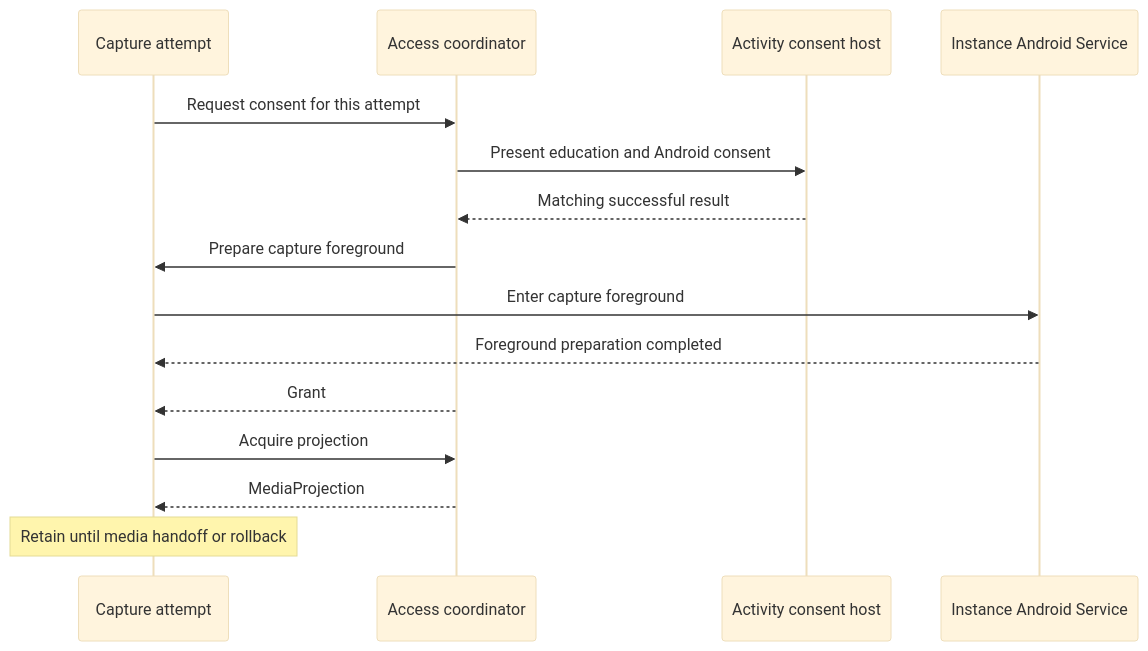
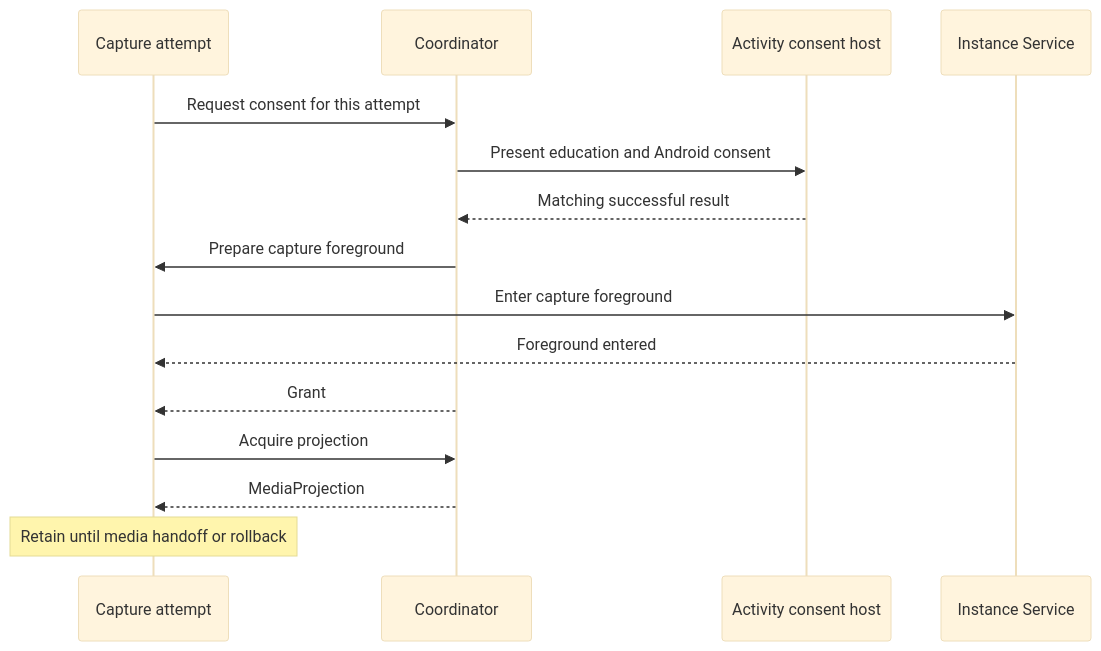
Before and after one commit to dkrivoruchko/ScreenStream: the diagram in streaming/core/docs/screen-capture.md, drawn with Mermaid (base theme). The commit also changed other lines of this file and 80 other files, not shown here.

````diff
--- a/streaming/core/docs/screen-capture.md
+++ b/streaming/core/docs/screen-capture.md
@@ -27,17 +17,17 @@
 ```mermaid
 sequenceDiagram
     participant A as Capture attempt
-    participant C as Access coordinator
+    participant C as Coordinator
     participant H as Activity consent host
-    participant S as Instance Android Service
+    participant S as Instance Service
     A->>C: Request consent for this attempt
     C->>H: Present education and Android consent
     H-->>C: Matching successful result
     C->>A: Prepare capture foreground
     A->>S: Enter capture foreground
-    S-->>A: Foreground preparation completed
+    S-->>A: Foreground entered
     C-->>A: Grant
     A->>C: Acquire projection
     C-->>A: MediaProjection
     Note over A: Retain until media handoff or rollback
 ```
````
